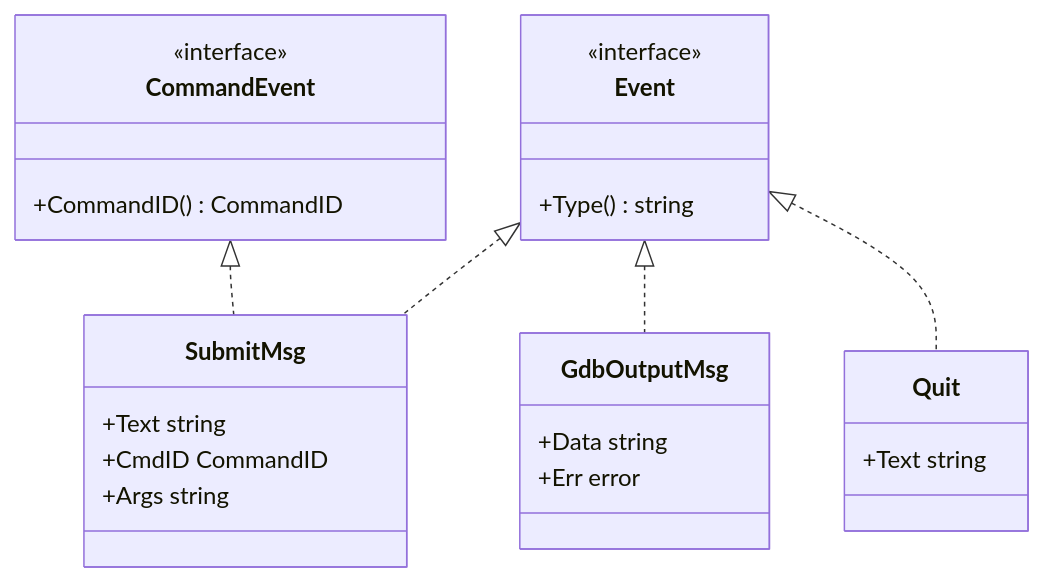
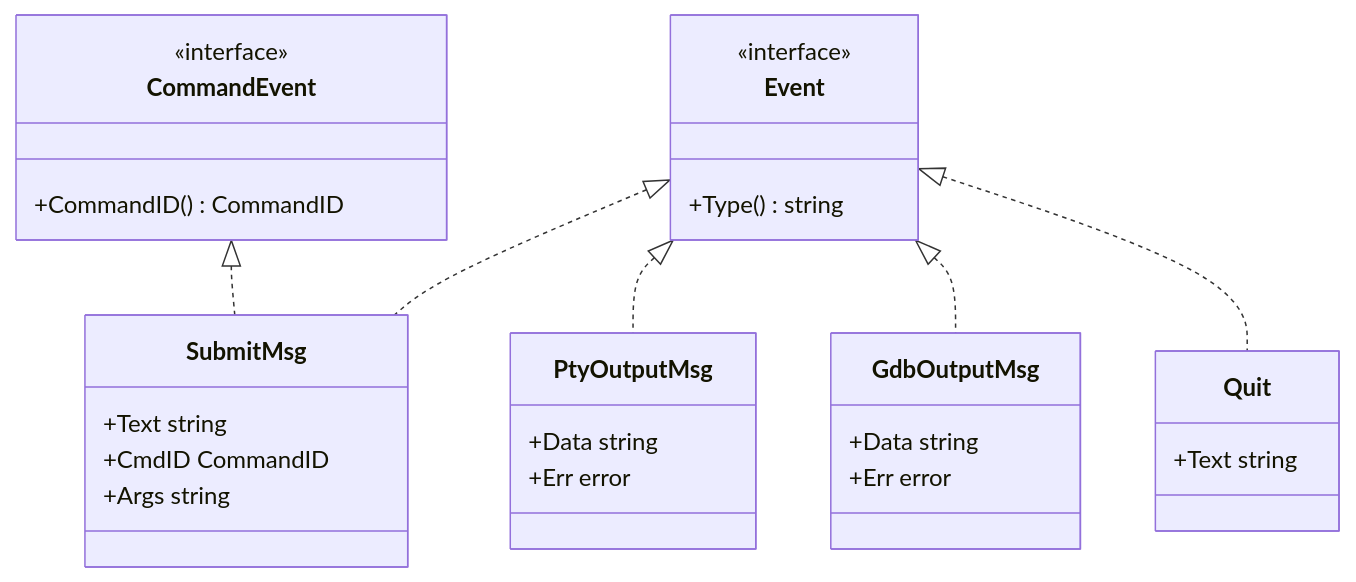
Before and after one commit to yairgd/gdbforge: the seventh of 7 diagrams in docs/ARCHITECTURE.md, drawn with Mermaid. The commit also changed other lines of this file and 35 other files, not shown here.

````diff
--- a/docs/ARCHITECTURE.md
+++ b/docs/ARCHITECTURE.md
@@ -679,34 +687,40 @@
 ```mermaid
 classDiagram
     direction TB
 
     class Event {
         <<interface>>
         +Type() string
     }
 
     class CommandEvent {
         <<interface>>
         +CommandID() CommandID
     }
 
     class SubmitMsg {
         +Text string
         +CmdID CommandID
         +Args string
     }
 
+    class PtyOutputMsg {
+        +Data string
+        +Err error
+    }
+
     class GdbOutputMsg {
         +Data string
         +Err error
     }
 
     class Quit {
         +Text string
     }
 
     Event <|.. SubmitMsg
+    Event <|.. PtyOutputMsg
     Event <|.. GdbOutputMsg
     Event <|.. Quit
     CommandEvent <|.. SubmitMsg
 ```
````
